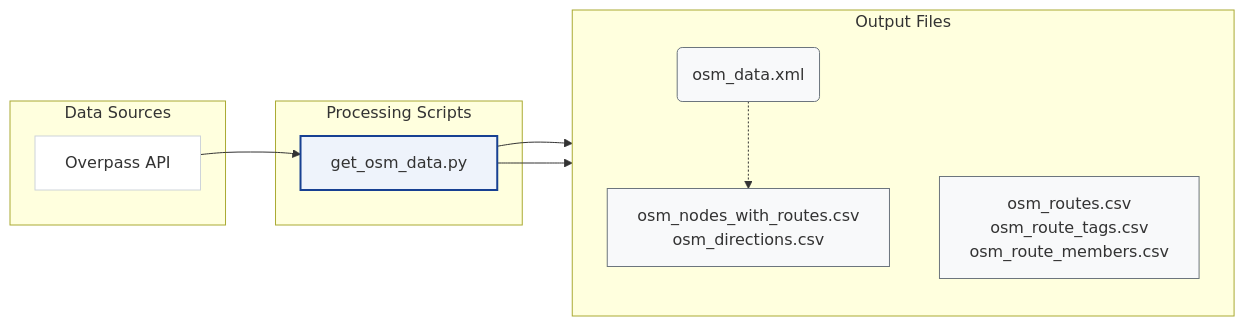
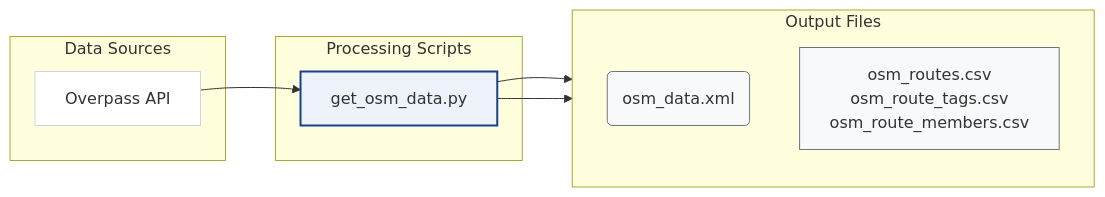
Before and after one commit to openTdataCH/stop_sync_osm_atlas: the second of 2 diagrams in documentation/1. Download and process data.md, drawn with Mermaid. The commit also changed other lines of this file and 28 other files, not shown here.

````diff
--- a/documentation/1. Download and process data.md
+++ b/documentation/1. Download and process data.md
@@ -57,28 +51,26 @@
 ```mermaid
 flowchart LR
     classDef plain fill:#fff,stroke:#ced4da,stroke-width:1px;
     classDef script fill:#eef3fb,stroke:#174092,stroke-width:2px;
     classDef file fill:#f8f9fa,stroke:#6c757d,stroke-width:1px;
 
     subgraph Sources ["Data Sources"]
         OV[Overpass API]:::plain
     end
 
     subgraph Scripts ["Processing Scripts"]
         SO[get_osm_data.py]:::script
     end
 
     subgraph Outputs ["Output Files"]
         direction TB
         PX(osm_data.xml):::file
-        PO["osm_nodes_with_routes.csv<br/>osm_directions.csv"]:::file
         PR["osm_routes.csv<br/>osm_route_tags.csv<br/>osm_route_members.csv"]:::file
     end
 
     Sources ~~~ Scripts ~~~ Outputs
 
     OV --> SO
     SO --> PX
-    PX -.-> PO
     SO --> PR
 ```
````
